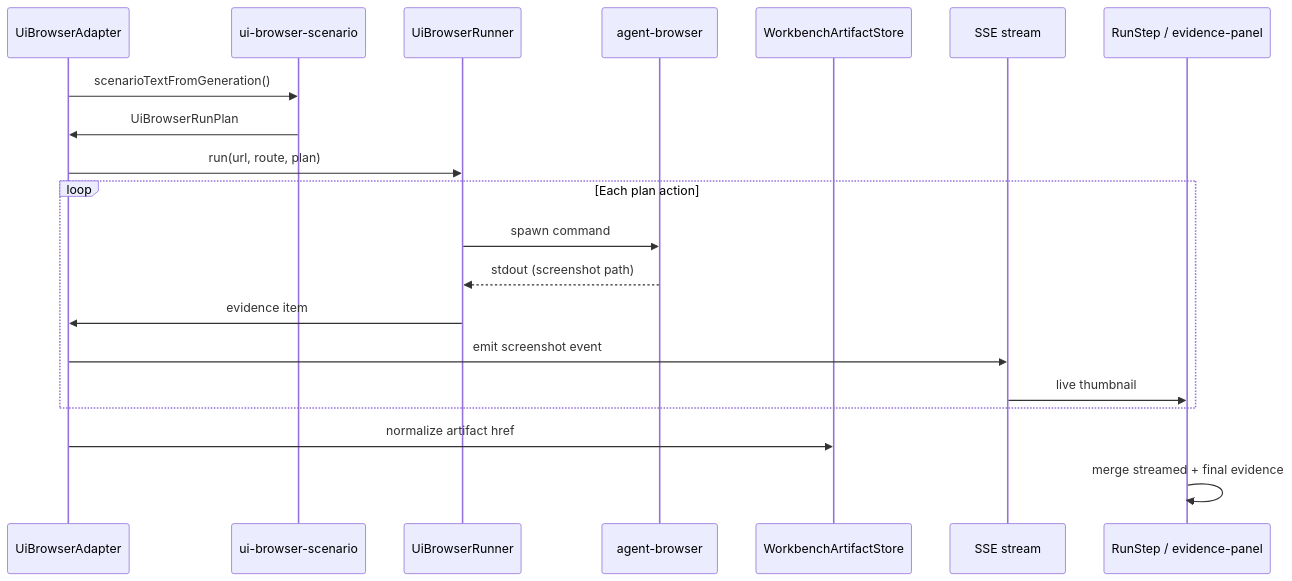
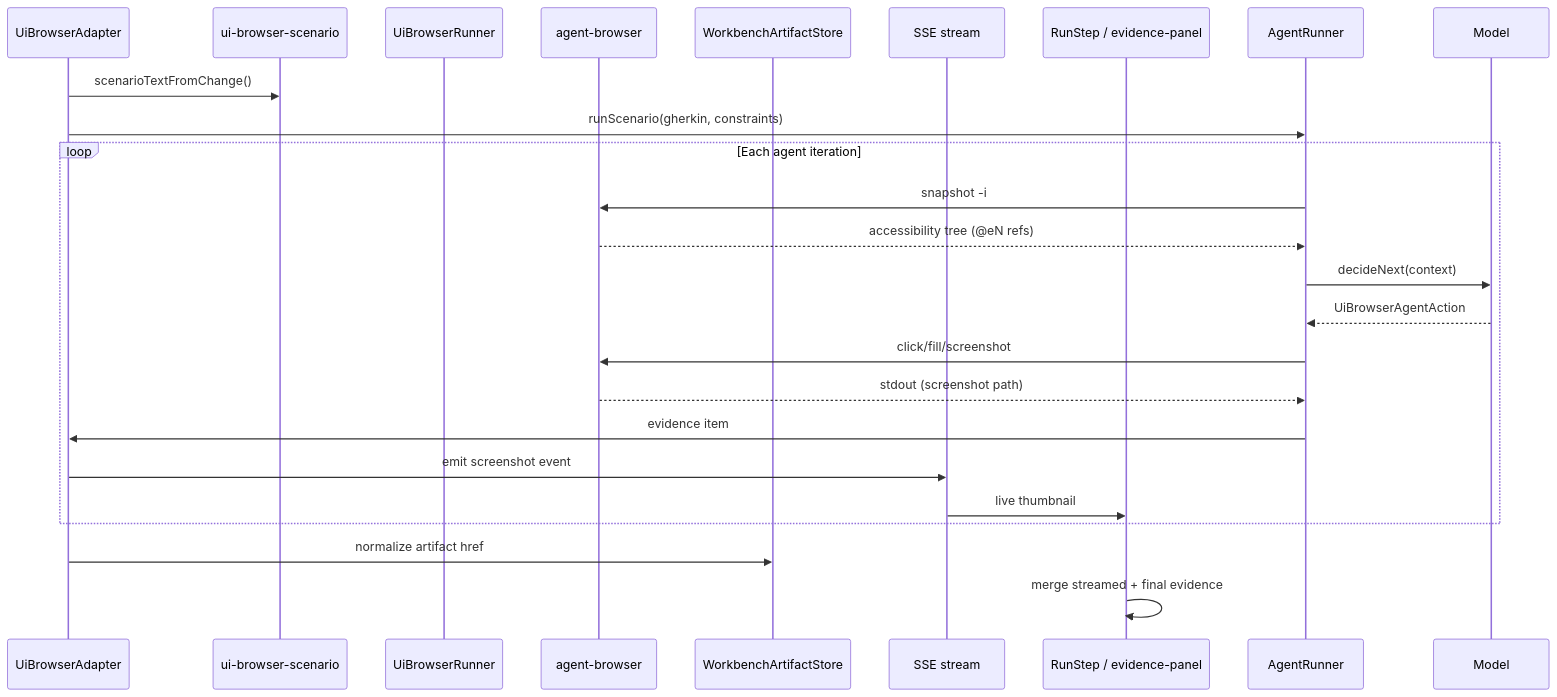
The seventh of 7 diagrams in docs/test-page-architecture.md (zpf-crew/guardrail), drawn with Mermaid before and after one commit. The commit also changed other lines of this file and 12 other files, not shown here.

Commit message:
refactor: remove deterministic UiBrowserRunPlan batch executor

````diff
--- a/docs/test-page-architecture.md
+++ b/docs/test-page-architecture.md
@@ -415,23 +415,26 @@
 ```mermaid
 sequenceDiagram
   participant Adapter as UiBrowserAdapter
   participant Scenario as ui-browser-scenario
   participant Runner as UiBrowserRunner
   participant CLI as agent-browser
   participant Store as WorkbenchArtifactStore
   participant SSE as SSE stream
   participant UI as RunStep / evidence-panel
 
-  Adapter->>Scenario: scenarioTextFromGeneration()
-  Scenario->>Adapter: UiBrowserRunPlan
-  Adapter->>Runner: run(url, route, plan)
-  loop Each plan action
-    Runner->>CLI: spawn command
-    CLI-->>Runner: stdout (screenshot path)
-    Runner->>Adapter: evidence item
+  Adapter->>Scenario: scenarioTextFromChange()
+  Adapter->>AgentRunner: runScenario(gherkin, constraints)
+  loop Each agent iteration
+    AgentRunner->>CLI: snapshot -i
+    CLI-->>AgentRunner: accessibility tree (@eN refs)
+    AgentRunner->>Model: decideNext(context)
+    Model-->>AgentRunner: UiBrowserAgentAction
+    AgentRunner->>CLI: click/fill/screenshot
+    CLI-->>AgentRunner: stdout (screenshot path)
+    AgentRunner->>Adapter: evidence item
     Adapter->>SSE: emit screenshot event
     SSE->>UI: live thumbnail
   end
   Adapter->>Store: normalize artifact href
   UI->>UI: merge streamed + final evidence
 ```
````
